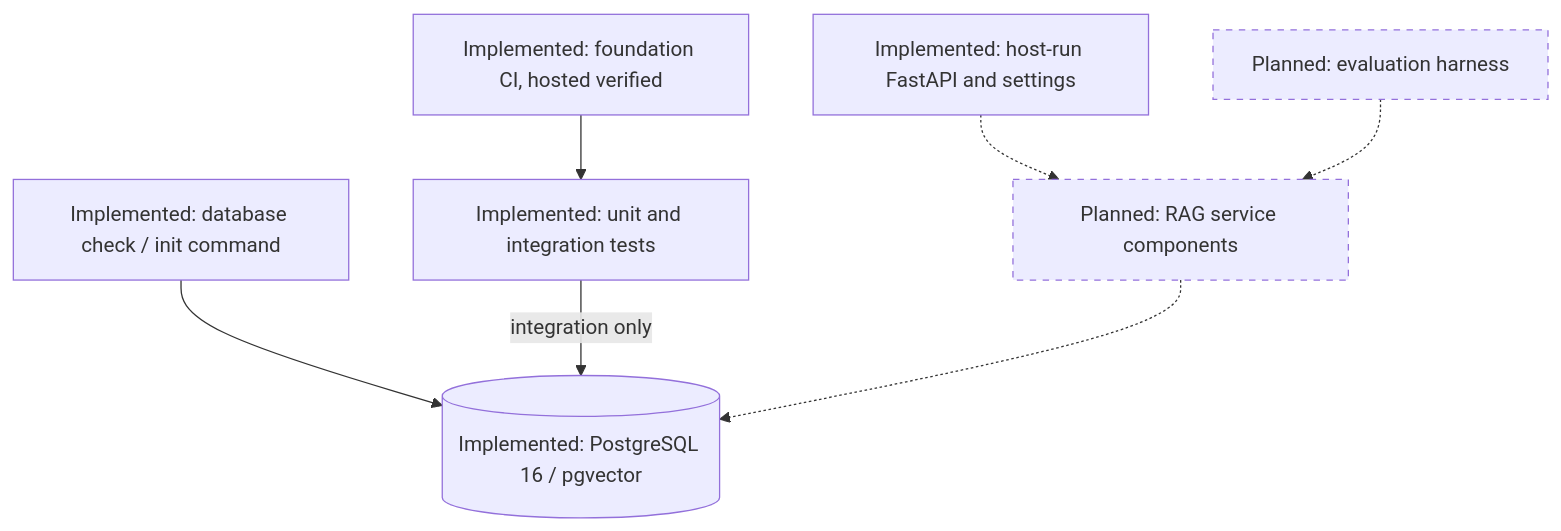
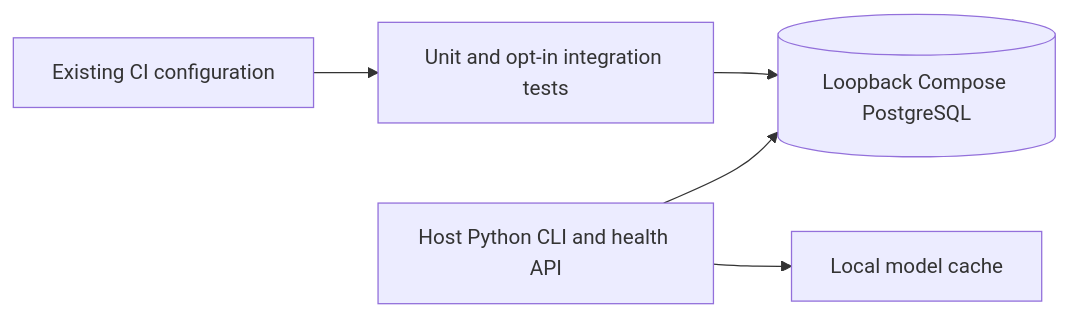
One commit to venkatakgonela/rag-audit-demo changed the second of 6 diagrams in docs/ARCHITECTURE.md. Above: the diagram before and after it, drawn with Mermaid. The commit also changed other lines of this file and 12 other files, not shown here.

````diff
--- a/docs/ARCHITECTURE.md
+++ b/docs/ARCHITECTURE.md
@@ -46,18 +32,7 @@
 ```mermaid
-flowchart TB
-    api["Implemented: host-run FastAPI and settings"]
-    db[("Implemented: PostgreSQL 16 / pgvector")]
-    cli["Implemented: database check / init command"]
-    ci["Implemented: foundation CI, hosted verified"]
-    tests["Implemented: unit and integration tests"]
-    eval["Planned: evaluation harness"]
-    rag["Planned: RAG service components"]
-    api -.-> rag
-    cli --> db
-    ci --> tests
-    tests -->|integration only| db
-    eval -.-> rag
-    rag -.-> db
-    classDef planned stroke-dasharray: 5 5;
-    class rag,eval planned;
+flowchart LR
+    host["Host Python CLI and health API"] --> database[("Loopback Compose PostgreSQL")]
+    host --> cache["Local model cache"]
+    tests["Unit and opt-in integration tests"] --> database
+    ci["Existing CI configuration"] --> tests
 ```
````
